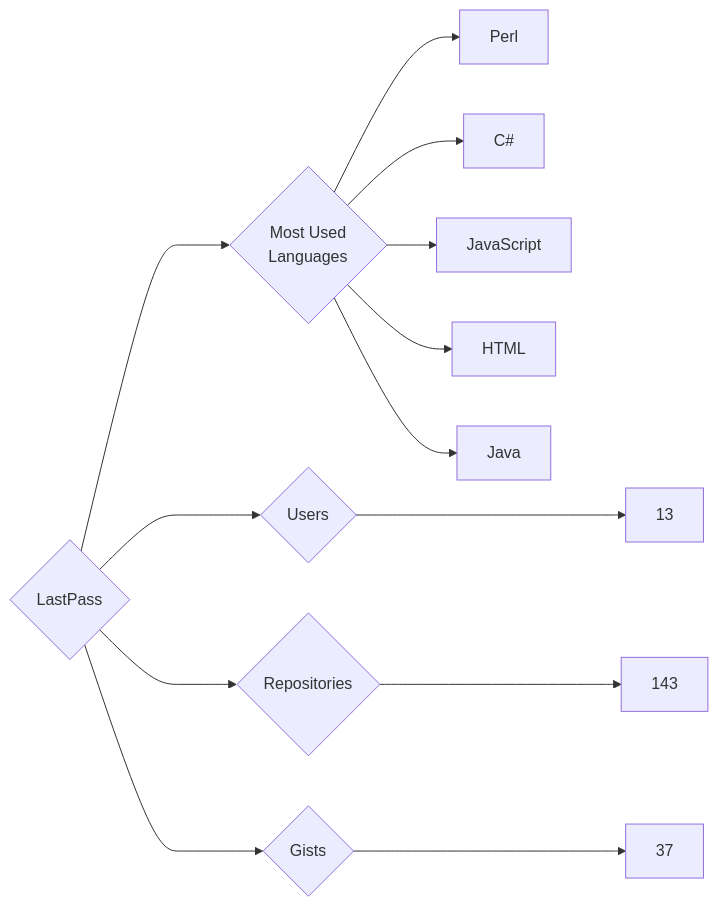
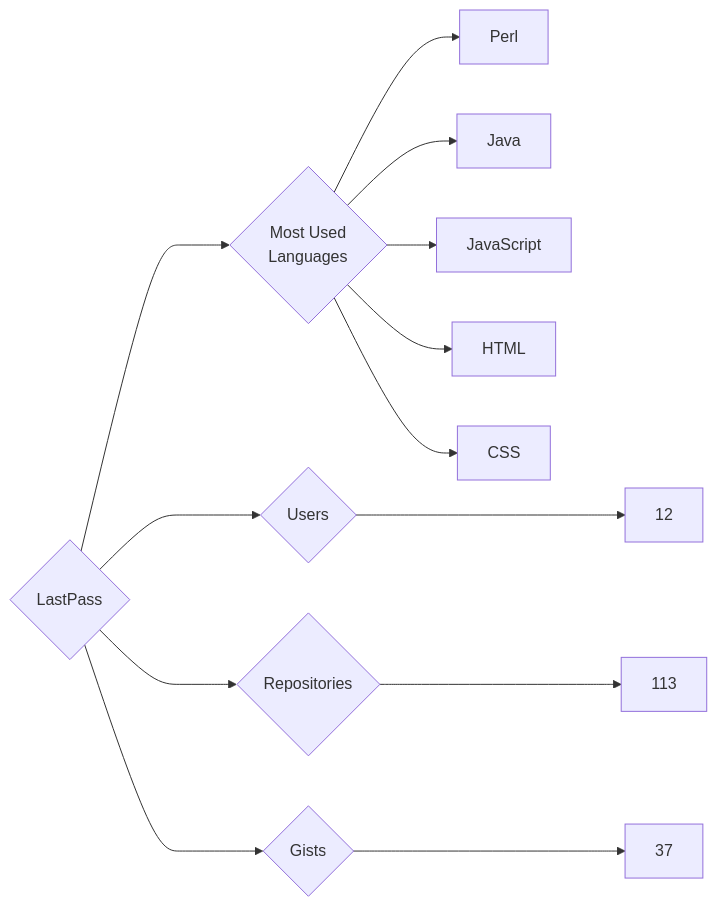
Before and after one commit to trickest/insiders: the diagram in targets/LastPass/README.md, drawn with Mermaid. The commit also changed 900 other files, not shown here.

````diff
--- a/targets/LastPass/README.md
+++ b/targets/LastPass/README.md
@@ -3,13 +3,13 @@
 ```mermaid
 graph LR
 COMPANY_NAME{LastPass}
-COMPANY_NAME ---> U{Users} ---> UN[13]
-COMPANY_NAME ---> R{Repositories} ---> RN[143]
+COMPANY_NAME ---> U{Users} ---> UN[12]
+COMPANY_NAME ---> R{Repositories} ---> RN[113]
 COMPANY_NAME ---> G{Gists} ---> GN[37]
 COMPANY_NAME ---> ML{Most Used<br>Languages}
 ML --> Perl[Perl]
-ML --> C#[C#]
+ML --> Java[Java]
 ML --> JavaScript[JavaScript]
 ML --> HTML[HTML]
-ML --> Java[Java]
+ML --> CSS[CSS]
 ```
````
